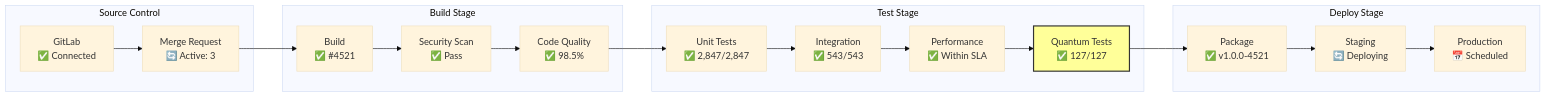
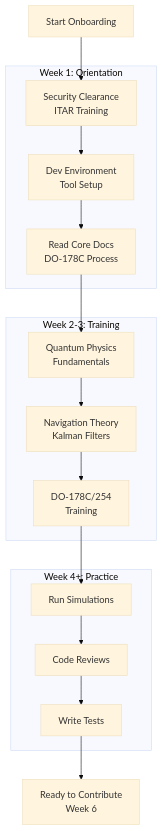
One commit to Robbbo-T/A-Q-U-A_V changed diagram 17 of 33 in PRODUCT_LINES/QUANTUM/QUANTUM_SOFTWARE/DESIGN/QNS_NAVIGATION/DES_SOFTWARE_DEV/QUA-QNS01-25SVD0001-DES-BOB-ORG-TD-ATA-000-00-01-TPL-DOC-001-QCOM-v1.1.0 .md. Above: the diagram before and after it, drawn with Mermaid (base theme). The commit also changed other lines of this file, not shown here.

````diff
--- a/PRODUCT_LINES/QUANTUM/QUANTUM_SOFTWARE/DESIGN/QNS_NAVIGATION/DES_SOFTWARE_DEV/QUA-QNS01-25SVD0001-DES-BOB-ORG-TD-ATA-000-00-01-TPL-DOC-001-QCOM-v1.1.0 .md
+++ b/PRODUCT_LINES/QUANTUM/QUANTUM_SOFTWARE/DESIGN/QNS_NAVIGATION/DES_SOFTWARE_DEV/QUA-QNS01-25SVD0001-DES-BOB-ORG-TD-ATA-000-00-01-TPL-DOC-001-QCOM-v1.1.0 .md
@@ -878,42 +664,36 @@
 ```mermaid
-graph LR
-    subgraph "Source Control"
-        GIT[GitLab<br/>✅ Connected]
-        MR[Merge Request<br/>🔄 Active: 3]
+graph TD
+    START[Start Onboarding]
+    
+    subgraph "Week 1: Orientation"
+        SEC[Security Clearance<br/>ITAR Training]
+        ENV[Dev Environment<br/>Tool Setup]
+        DOC[Read Core Docs<br/>DO-178C Process]
     end
     
-    subgraph "Build Stage"
-        BUILD[Build<br/>✅ #4521]
-        SAST[Security Scan<br/>✅ Pass]
-        LINT[Code Quality<br/>✅ 98.5%]
+    subgraph "Week 2-3: Training"
+        QUANTUM[Quantum Physics<br/>Fundamentals]
+        NAV[Navigation Theory<br/>Kalman Filters]
+        CERT[DO-178C/254<br/>Training]
     end
     
-    subgraph "Test Stage"
-        UNIT[Unit Tests<br/>✅ 2,847/2,847]
-        INT[Integration<br/>✅ 543/543]
-        PERF[Performance<br/>✅ Within SLA]
-        QUANTUM[Quantum Tests<br/>✅ 127/127]
+    subgraph "Week 4+: Practice"
+        SIM[Run Simulations]
+        CODE[Code Reviews]
+        TEST[Write Tests]
     end
     
-    subgraph "Deploy Stage"
-        PKG[Package<br/>✅ v1.0.0-4521]
-        STAGE[Staging<br/>🔄 Deploying]
-        PROD[Production<br/>📅 Scheduled]
-    end
+    START --> SEC
+    SEC --> ENV
+    ENV --> DOC
     
-    GIT --> MR
-    MR --> BUILD
-    BUILD --> SAST
-    SAST --> LINT
+    DOC --> QUANTUM
+    QUANTUM --> NAV
+    NAV --> CERT
     
-    LINT --> UNIT
-    UNIT --> INT
-    INT --> PERF
-    PERF --> QUANTUM
+    CERT --> SIM
+    SIM --> CODE
+    CODE --> TEST
     
-    QUANTUM --> PKG
-    PKG --> STAGE
-    STAGE --> PROD
-    
-    style QUANTUM fill:#ff9,stroke:#333,stroke-width:2px
+    TEST --> READY[Ready to Contribute<br/>Week 6]
 ```
````
